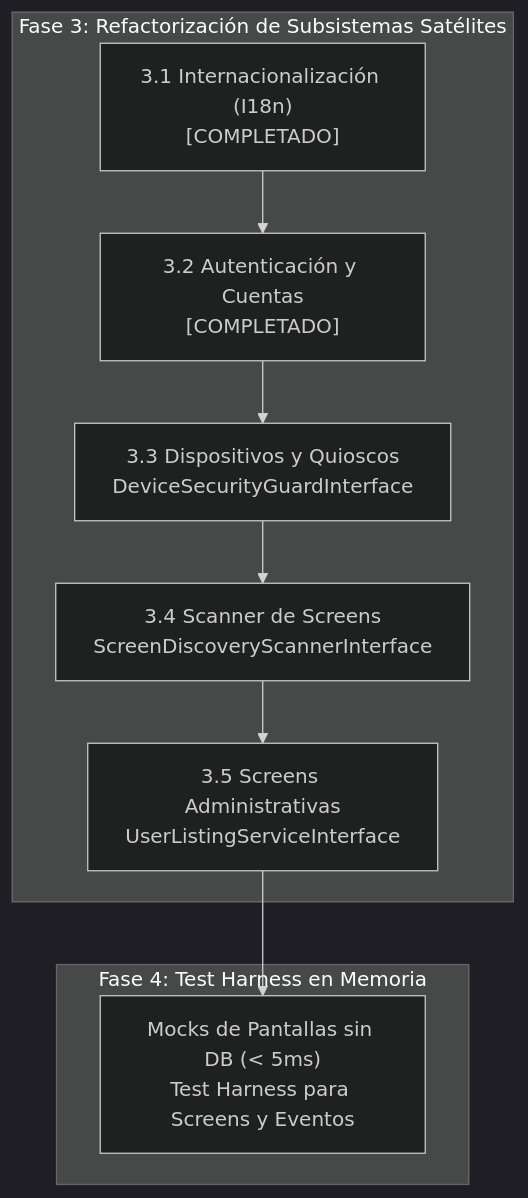
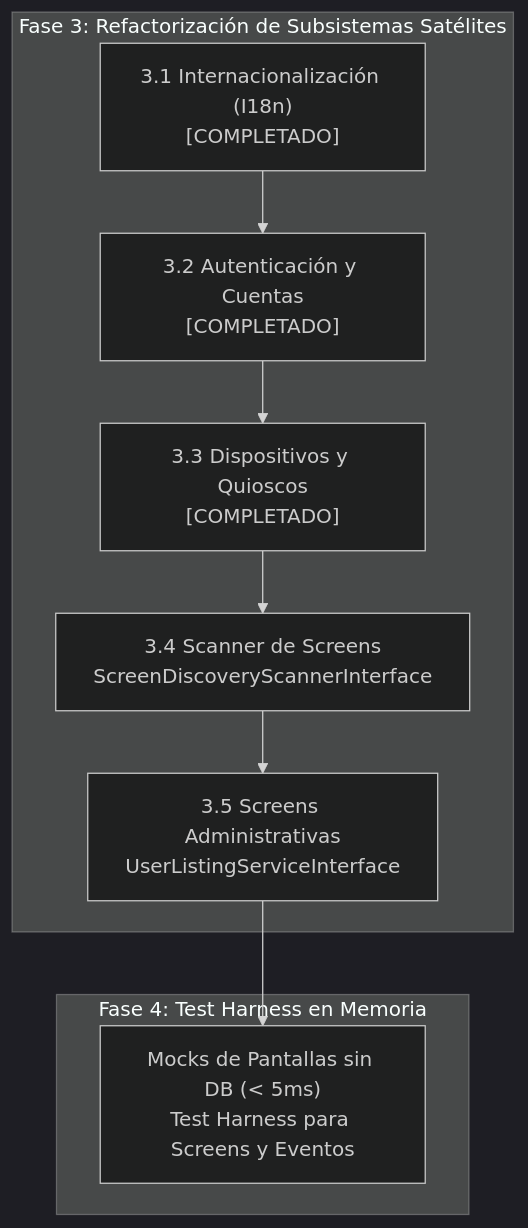
One commit to idei/usim-framework changed the diagram in docs/HANDOVER_REFACTORING_SOLIDO_FASE3_Y_4.md. Above: the diagram before and after it, drawn with Mermaid (dark theme). The commit also changed other lines of this file and 11 other files, not shown here.

First line of the commit message:
refactor(device): decouple kiosk and device security with DeviceSecurityGuardInterface

````diff
--- a/docs/HANDOVER_REFACTORING_SOLIDO_FASE3_Y_4.md
+++ b/docs/HANDOVER_REFACTORING_SOLIDO_FASE3_Y_4.md
@@ -55,20 +64,20 @@
 ```mermaid
 flowchart TD
     subgraph Fase3 ["Fase 3: Refactorización de Subsistemas Satélites"]
         F31["3.1 Internacionalización (I18n)\n[COMPLETADO]"]
         F32["3.2 Autenticación y Cuentas\n[COMPLETADO]"]
-        F33["3.3 Dispositivos y Quioscos\nDeviceSecurityGuardInterface"]
+        F33["3.3 Dispositivos y Quioscos\n[COMPLETADO]"]
         F34["3.4 Scanner de Screens\nScreenDiscoveryScannerInterface"]
         F35["3.5 Screens Administrativas\nUserListingServiceInterface"]
     end
 
     subgraph Fase4 ["Fase 4: Test Harness en Memoria"]
         F41["Mocks de Pantallas sin DB (< 5ms)\nTest Harness para Screens y Eventos"]
     end
 
     F31 --> F32
     F32 --> F33
     F33 --> F34
     F34 --> F35
     F35 --> F41
 ```
````
